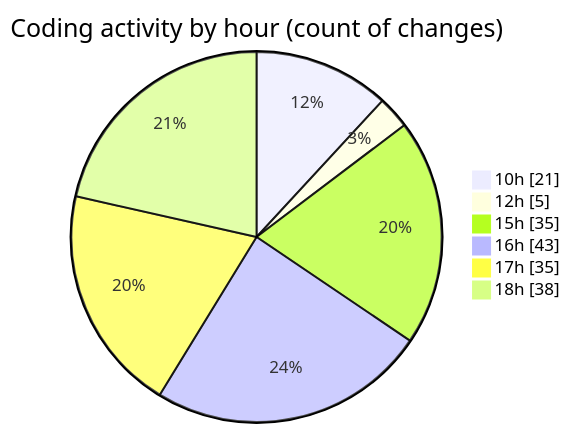
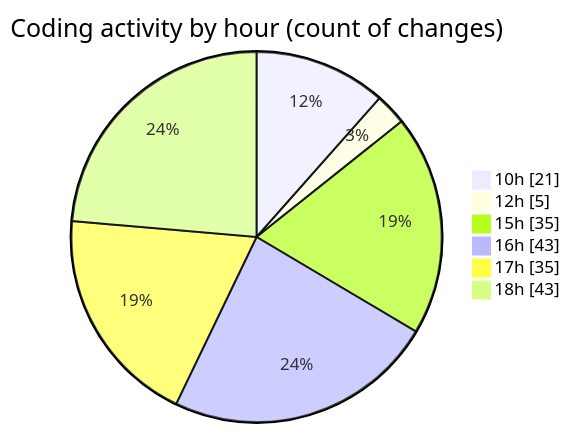
Before and after one commit to momahboobian/code-tracking: the second of 2 diagrams in 2025-08-27/cda/README.md, drawn with Mermaid. The commit also changed other lines of this file and 1 other file, not shown here.

````diff
--- a/2025-08-27/cda/README.md
+++ b/2025-08-27/cda/README.md
@@ -49,10 +49,10 @@
 ```mermaid
 pie showData
 title Coding activity by hour (count of changes)
 "10h" : 21
 "12h" : 5
 "15h" : 35
 "16h" : 43
 "17h" : 35
-"18h" : 38
+"18h" : 43
 ```
````
